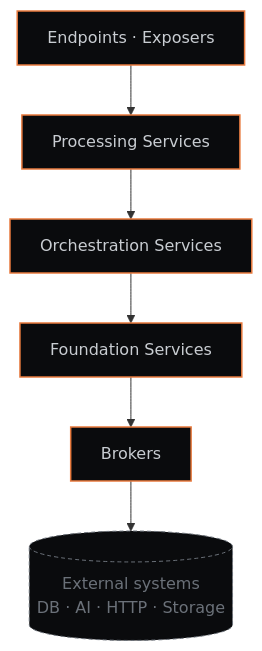
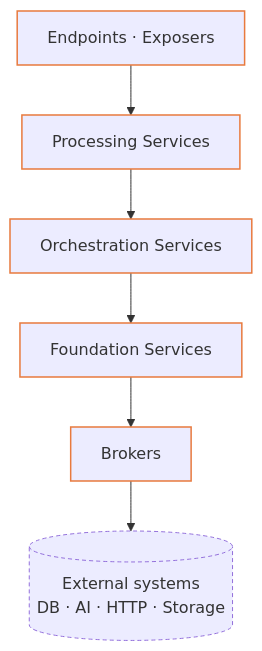
One commit to arolariu/arolariu.ro changed the diagram in docs/rfc/2001-domain-driven-design-architecture.md. Above: the diagram before and after it, drawn with Mermaid. The commit also changed 1 other file, not shown here.

Commit message:
fix(docs): unbias Mermaid theme for light mode (drop hardcoded dark fills)

````diff
--- a/docs/rfc/2001-domain-driven-design-architecture.md
+++ b/docs/rfc/2001-domain-driven-design-architecture.md
@@ -18,20 +18,20 @@
 ```mermaid
 flowchart TB
   Endpoints[Endpoints · Exposers]
   Processing[Processing Services]
   Orchestration[Orchestration Services]
   Foundation[Foundation Services]
   Brokers[Brokers]
   External[(External systems<br/>DB · AI · HTTP · Storage)]
 
   Endpoints --> Processing
   Processing --> Orchestration
   Orchestration --> Foundation
   Foundation --> Brokers
   Brokers --> External
 
-  classDef layer fill:#0a0b0d,stroke:#e87a3e,color:#c9cdd2,stroke-width:1.5px;
-  classDef external fill:#0a0b0d,stroke:#6b7179,color:#6b7179,stroke-dasharray:4 3;
+  classDef layer stroke:#e87a3e,stroke-width:1.5px;
+  classDef external stroke-dasharray:4 3;
   class Endpoints,Processing,Orchestration,Foundation,Brokers layer;
   class External external;
 ```
````
